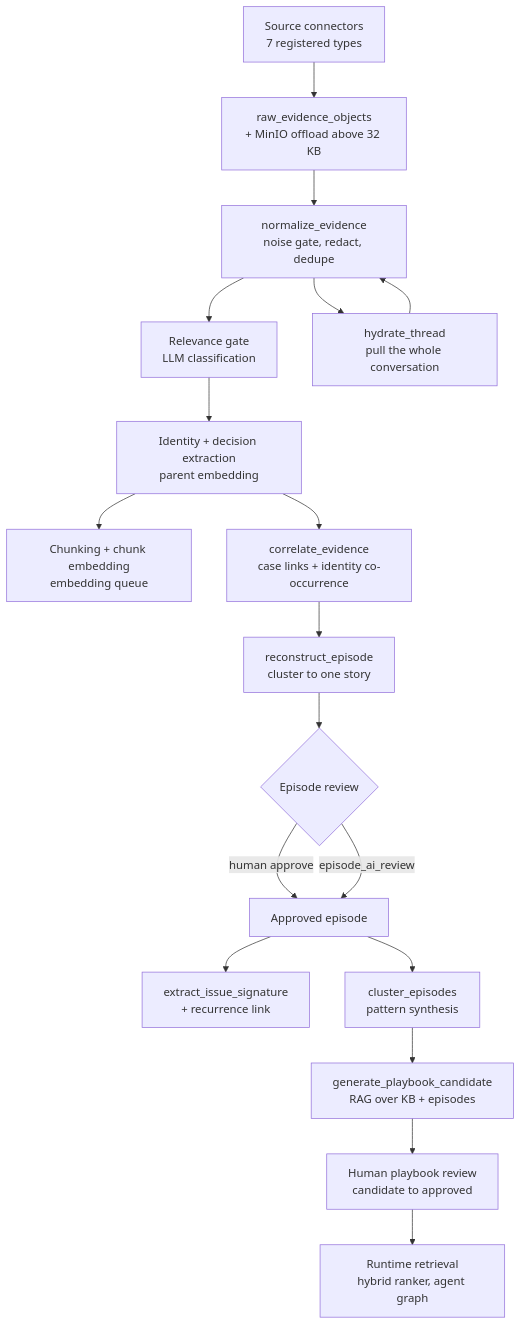
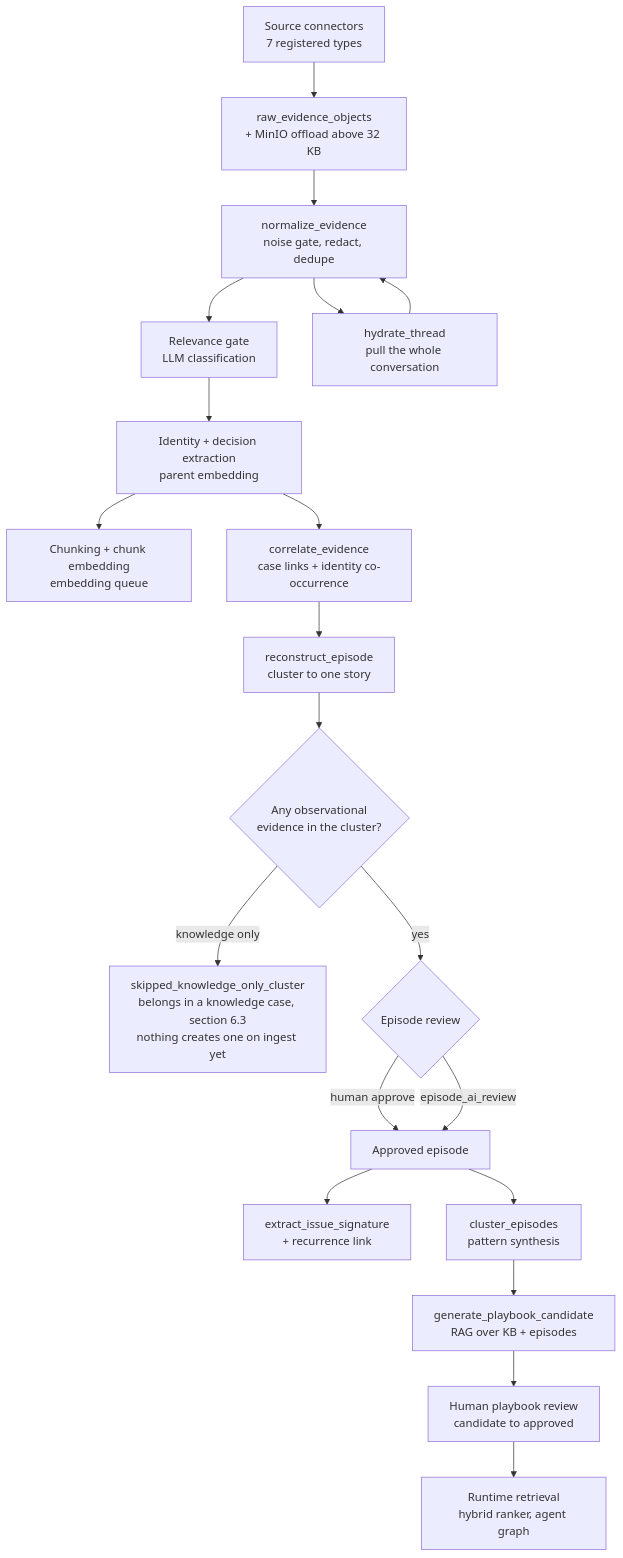
The first of 4 diagrams in docs/03_End_to_End_Project_Flow.md (Valuedx/ContextEdge), drawn with Mermaid before and after one commit. The commit also changed other lines of this file and 15 other files, not shown here.

````diff
--- a/docs/03_End_to_End_Project_Flow.md
+++ b/docs/03_End_to_End_Project_Flow.md
@@ -38,20 +40,22 @@
 ```mermaid
 flowchart TD
     A[Source connectors<br/>7 registered types] --> B[raw_evidence_objects<br/>+ MinIO offload above 32 KB]
     B --> C[normalize_evidence<br/>noise gate, redact, dedupe]
     C --> D[Relevance gate<br/>LLM classification]
     D --> E[Identity + decision extraction<br/>parent embedding]
     E --> F[Chunking + chunk embedding<br/>embedding queue]
     C --> G[hydrate_thread<br/>pull the whole conversation]
     G --> C
     E --> H[correlate_evidence<br/>case links + identity co-occurrence]
     H --> I[reconstruct_episode<br/>cluster to one story]
-    I --> J{Episode review}
+    I --> KO{Any observational<br/>evidence in the cluster?}
+    KO -->|knowledge only| KC[skipped_knowledge_only_cluster<br/>belongs in a knowledge case, section 6.3<br/>nothing creates one on ingest yet]
+    KO -->|yes| J{Episode review}
     J -->|human approve| K[Approved episode]
     J -->|episode_ai_review| K
     K --> L[extract_issue_signature<br/>+ recurrence link]
     K --> M[cluster_episodes<br/>pattern synthesis]
     M --> N[generate_playbook_candidate<br/>RAG over KB + episodes]
     N --> O[Human playbook review<br/>candidate to approved]
     O --> P[Runtime retrieval<br/>hybrid ranker, agent graph]
 ```
````
